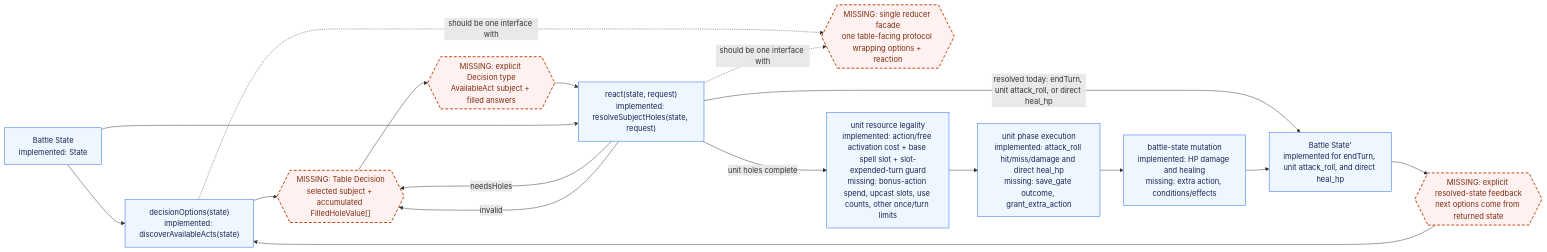
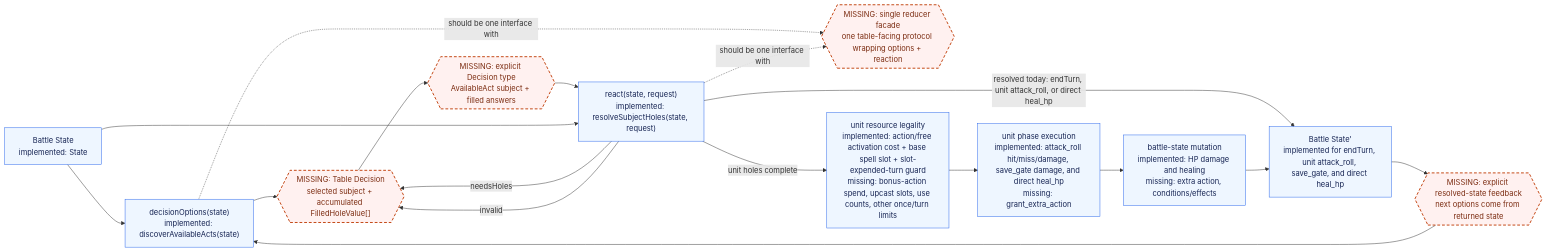
The seventh of 7 diagrams in packages/surface-runtime-correction/ARCHITECTURE_GRAPH.md (dearlordylord/5e-quint), drawn with Mermaid before and after one commit. The commit also changed other lines of this file and 9 other files, not shown here.

Commit message:
Implement save gate damage resolution

````diff
--- a/packages/surface-runtime-correction/ARCHITECTURE_GRAPH.md
+++ b/packages/surface-runtime-correction/ARCHITECTURE_GRAPH.md
@@ -314,33 +324,33 @@
 ```mermaid
 flowchart LR
   State["Battle State<br/>implemented: State"]
   Options["decisionOptions(state)<br/>implemented: discoverAvailableActs(state)"]
   Resolve["react(state, request)<br/>implemented: resolveSubjectHoles(state, request)"]
-  EndTurnState["Battle State'<br/>implemented for endTurn, unit attack_roll, and direct heal_hp"]
+  EndTurnState["Battle State'<br/>implemented for endTurn, unit attack_roll, save_gate, and direct heal_hp"]
 
   TableDecision{{"MISSING: Table Decision<br/>selected subject + accumulated FilledHoleValue[]"}}
   ReducerFacade{{"MISSING: single reducer facade<br/>one table-facing protocol wrapping options + reaction"}}
   StateLoop{{"MISSING: explicit resolved-state feedback<br/>next options come from returned state"}}
-  UnitExecution["unit phase execution<br/>implemented: attack_roll hit/miss/damage and direct heal_hp<br/>missing: save_gate outcome, grant_extra_action"]
+  UnitExecution["unit phase execution<br/>implemented: attack_roll hit/miss/damage, save_gate damage, and direct heal_hp<br/>missing: grant_extra_action"]
   ResourceLegality["unit resource legality<br/>implemented: action/free activation cost + base spell slot + slot-expended-turn guard<br/>missing: bonus-action spend, upcast slots, use counts, other once/turn limits"]
   ApplyEffects["battle-state mutation<br/>implemented: HP damage and healing<br/>missing: extra action, conditions/effects"]
   DecisionType{{"MISSING: explicit Decision type<br/>AvailableAct subject + filled answers"}}
 
   State --> Options
   Options --> TableDecision
   TableDecision --> DecisionType --> Resolve
   State --> Resolve
   Resolve -->|resolved today: endTurn, unit attack_roll, or direct heal_hp| EndTurnState
   EndTurnState --> StateLoop --> Options
   Resolve -->|needsHoles| TableDecision
   Resolve -->|invalid| TableDecision
 
   Options -. should be one interface with .-> ReducerFacade
   Resolve -. should be one interface with .-> ReducerFacade
   Resolve -->|unit holes complete| ResourceLegality --> UnitExecution --> ApplyEffects --> EndTurnState
 
   classDef missing fill:#fff1f0,stroke:#c2410c,stroke-width:2px,stroke-dasharray: 6 4,color:#7c2d12;
   classDef implemented fill:#eef6ff,stroke:#2563eb,color:#172554;
   class TableDecision,ReducerFacade,StateLoop,DecisionType missing;
   class State,Options,Resolve,EndTurnState,UnitExecution,ResourceLegality,ApplyEffects implemented;
 ```
````
